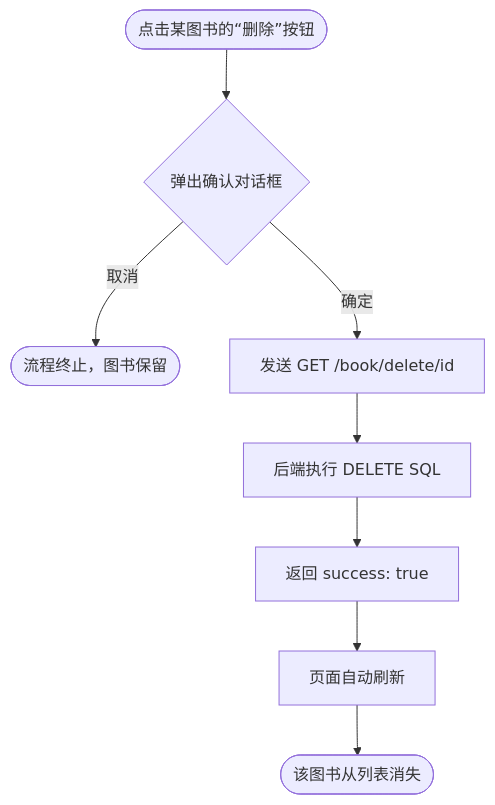
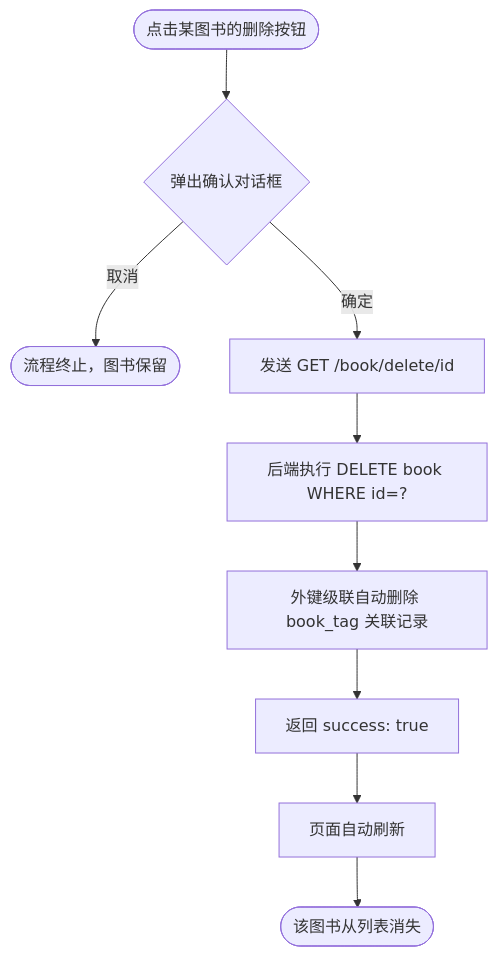
One commit to immortal-water/iw_book_manager changed the fourth of 12 diagrams in docs/requirements/业务流程图.md. Above: the diagram before and after it, drawn with Mermaid. The commit also changed other lines of this file and 4 other files, not shown here.

````diff
--- a/docs/requirements/业务流程图.md
+++ b/docs/requirements/业务流程图.md
@@ -81,10 +128,11 @@
 ```mermaid
 flowchart TD
-    Start([点击某图书的“删除”按钮]) --> Confirm{弹出确认对话框}
+    Start([点击某图书的删除按钮]) --> Confirm{弹出确认对话框}
     Confirm -->|取消| End1([流程终止，图书保留])
     Confirm -->|确定| SendDelete[发送 GET /book/delete/id]
-    SendDelete --> Backend[后端执行 DELETE SQL]
-    Backend --> Success[返回 success: true]
+    SendDelete --> Backend[后端执行 DELETE book WHERE id=?]
+    Backend --> Cascade[外键级联自动删除 book_tag 关联记录]
+    Cascade --> Success[返回 success: true]
     Success --> Reload[页面自动刷新]
     Reload --> End2([该图书从列表消失])
 ```
````
